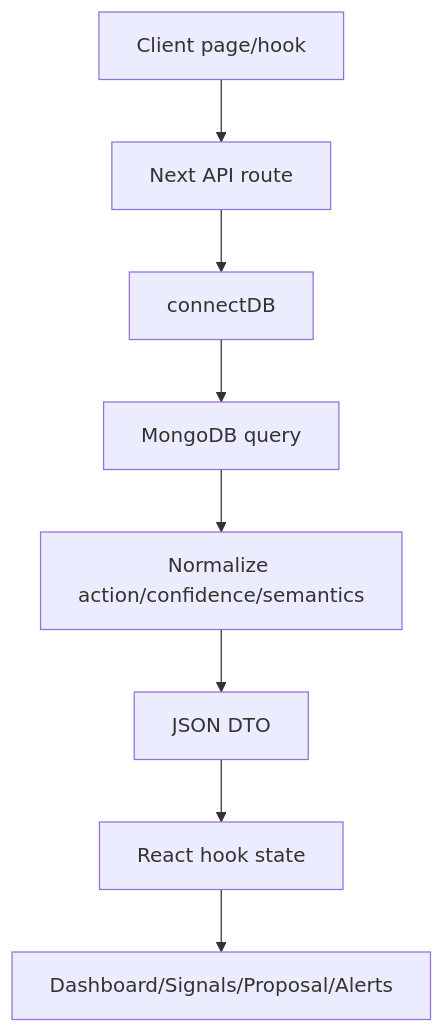
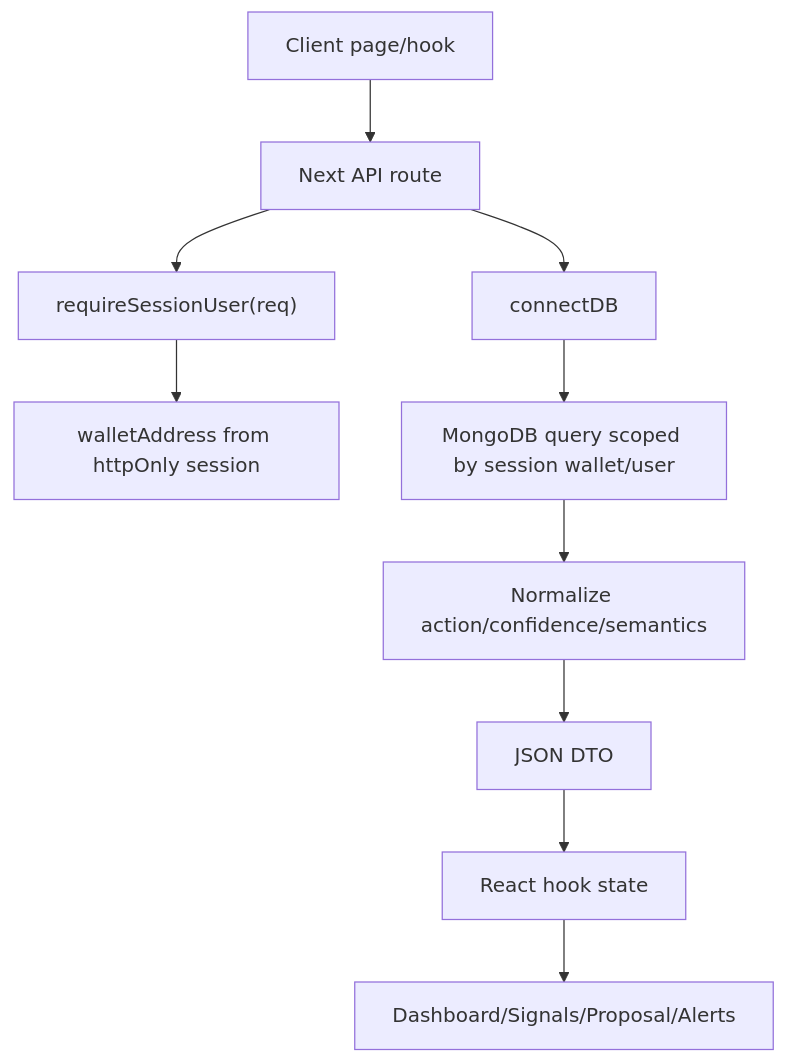
One commit to nguyendingluong20225878/Gr2_prj changed the second of 3 diagrams in apps/web/app/api/flow.md. Above: the diagram before and after it, drawn with Mermaid. The commit also changed other lines of this file and 122 other files, not shown here.

````diff
--- a/apps/web/app/api/flow.md
+++ b/apps/web/app/api/flow.md
@@ -1,10 +18,12 @@
 ```mermaid
 graph TD
   Client["Client page/hook"] --> Route["Next API route"]
+  Route --> Session["requireSessionUser(req)"]
+  Session --> Wallet["walletAddress from httpOnly session"]
   Route --> Connect["connectDB"]
-  Connect --> Query["MongoDB query"]
+  Connect --> Query["MongoDB query scoped by session wallet/user"]
   Query --> Normalize["Normalize action/confidence/semantics"]
   Normalize --> Response["JSON DTO"]
   Response --> Hook["React hook state"]
   Hook --> UI["Dashboard/Signals/Proposal/Alerts"]
 ```
````
